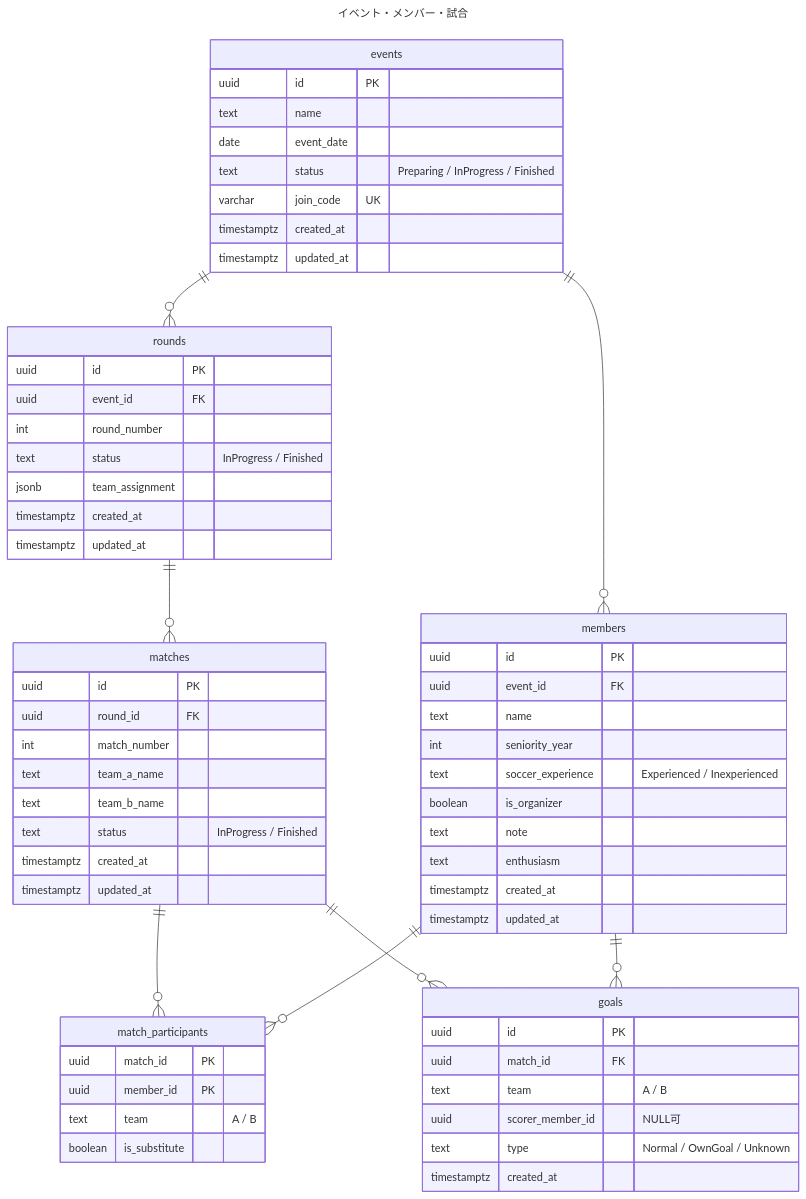
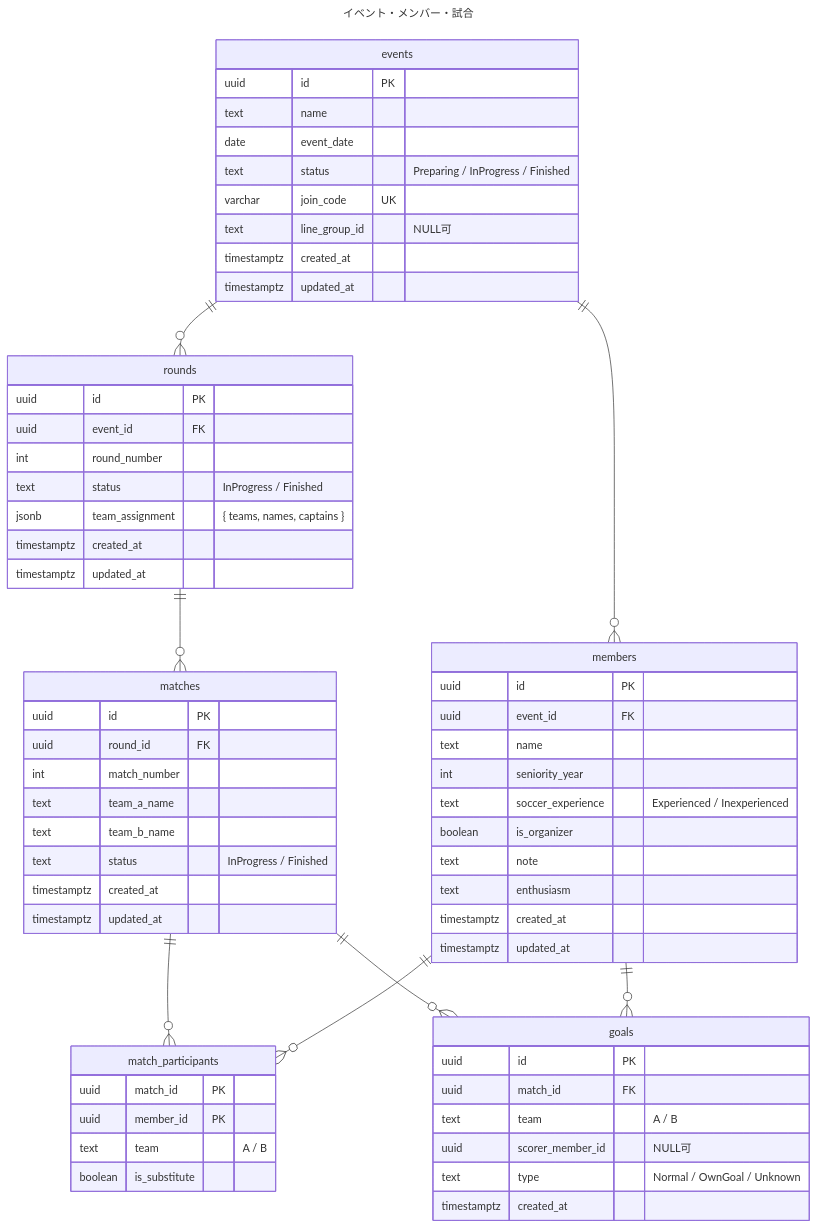
One commit to thenotoriousoga/Salu-Reco changed the first of 2 diagrams in docs/er-diagram.md. Above: the diagram before and after it, drawn with Mermaid. The commit also changed other lines of this file and 8 other files, not shown here.

````diff
--- a/docs/er-diagram.md
+++ b/docs/er-diagram.md
@@ -7,73 +7,74 @@
 ```mermaid
 ---
 title: イベント・メンバー・試合
 ---
 erDiagram
     events {
         uuid id PK
         text name
         date event_date
         text status "Preparing / InProgress / Finished"
         varchar join_code UK
+        text line_group_id "NULL可"
         timestamptz created_at
         timestamptz updated_at
     }
 
     members {
         uuid id PK
         uuid event_id FK
         text name
         int seniority_year
         text soccer_experience "Experienced / Inexperienced"
         boolean is_organizer
         text note
         text enthusiasm
         timestamptz created_at
         timestamptz updated_at
     }
 
     rounds {
         uuid id PK
         uuid event_id FK
         int round_number
         text status "InProgress / Finished"
-        jsonb team_assignment
+        jsonb team_assignment "{ teams, names, captains }"
         timestamptz created_at
         timestamptz updated_at
     }
 
     matches {
         uuid id PK
         uuid round_id FK
         int match_number
         text team_a_name
         text team_b_name
         text status "InProgress / Finished"
         timestamptz created_at
         timestamptz updated_at
     }
 
     match_participants {
         uuid match_id PK
         uuid member_id PK
         text team "A / B"
         boolean is_substitute
     }
 
     goals {
         uuid id PK
         uuid match_id FK
         text team "A / B"
         uuid scorer_member_id "NULL可"
         text type "Normal / OwnGoal / Unknown"
         timestamptz created_at
     }
 
     events ||--o{ members : ""
     events ||--o{ rounds : ""
     rounds ||--o{ matches : ""
     matches ||--o{ match_participants : ""
     matches ||--o{ goals : ""
     members ||--o{ match_participants : ""
     members ||--o{ goals : ""
 ```
````
